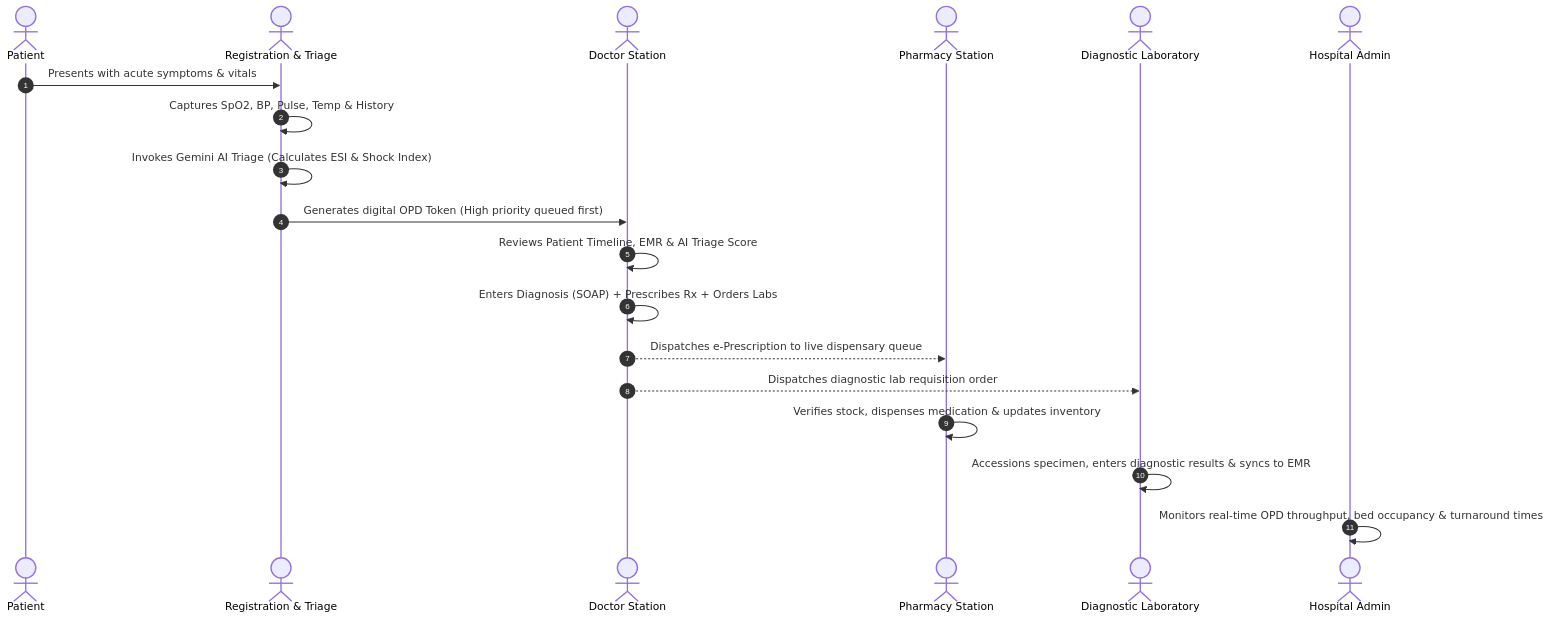
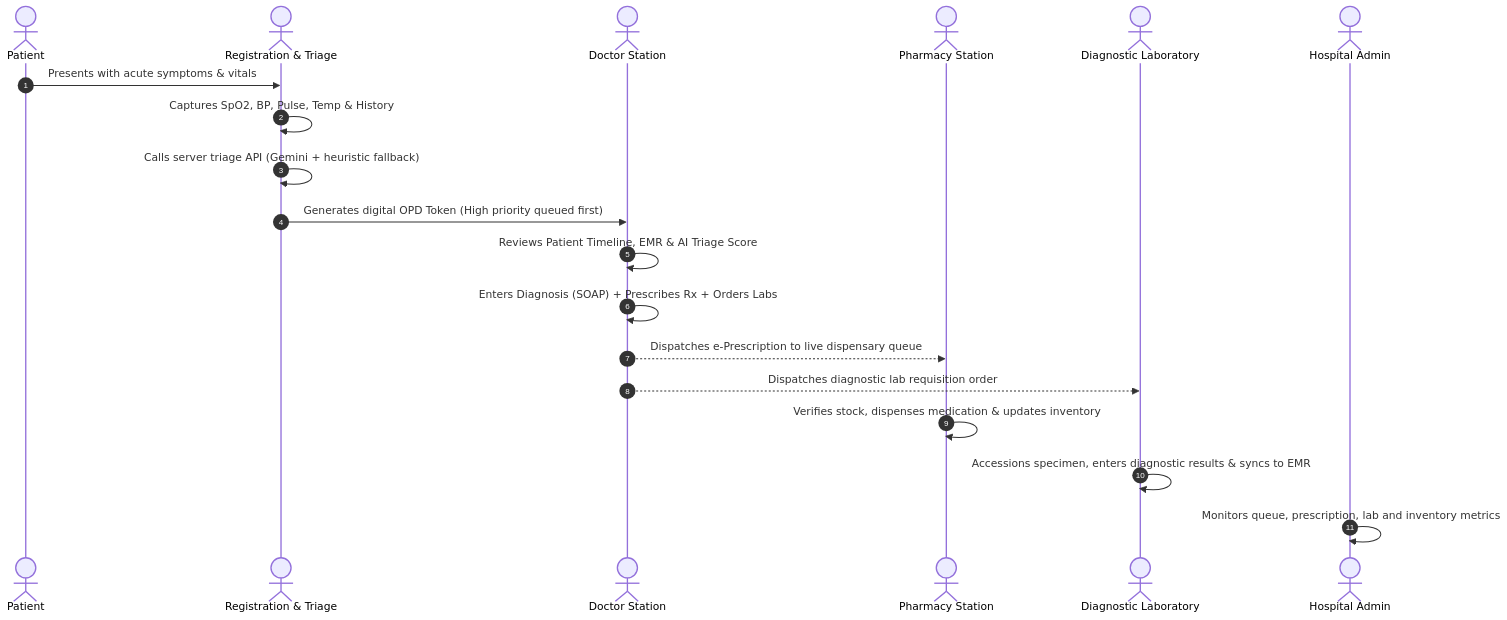
Before and after one commit to AkshayByte/swasthatrack: the second of 2 diagrams in README.md, drawn with Mermaid. The commit also changed other lines of this file and 1 other file, not shown here.

````diff
--- a/README.md
+++ b/README.md
@@ -64,22 +65,22 @@
 ```mermaid
 sequenceDiagram
     autonumber
     actor Patient
     actor RegDesk as Registration & Triage
     actor Doctor as Doctor Station
     actor Pharmacy as Pharmacy Station
     actor Lab as Diagnostic Laboratory
     actor Admin as Hospital Admin
 
     Patient->>RegDesk: Presents with acute symptoms & vitals
     RegDesk->>RegDesk: Captures SpO2, BP, Pulse, Temp & History
-    RegDesk->>RegDesk: Invokes Gemini AI Triage (Calculates ESI & Shock Index)
+    RegDesk->>RegDesk: Calls server triage API (Gemini + heuristic fallback)
     RegDesk->>Doctor: Generates digital OPD Token (High priority queued first)
     Doctor->>Doctor: Reviews Patient Timeline, EMR & AI Triage Score
     Doctor->>Doctor: Enters Diagnosis (SOAP) + Prescribes Rx + Orders Labs
     Doctor-->>Pharmacy: Dispatches e-Prescription to live dispensary queue
     Doctor-->>Lab: Dispatches diagnostic lab requisition order
     Pharmacy->>Pharmacy: Verifies stock, dispenses medication & updates inventory
     Lab->>Lab: Accessions specimen, enters diagnostic results & syncs to EMR
-    Admin->>Admin: Monitors real-time OPD throughput, bed occupancy & turnaround times
+    Admin->>Admin: Monitors queue, prescription, lab and inventory metrics
 ```
````
